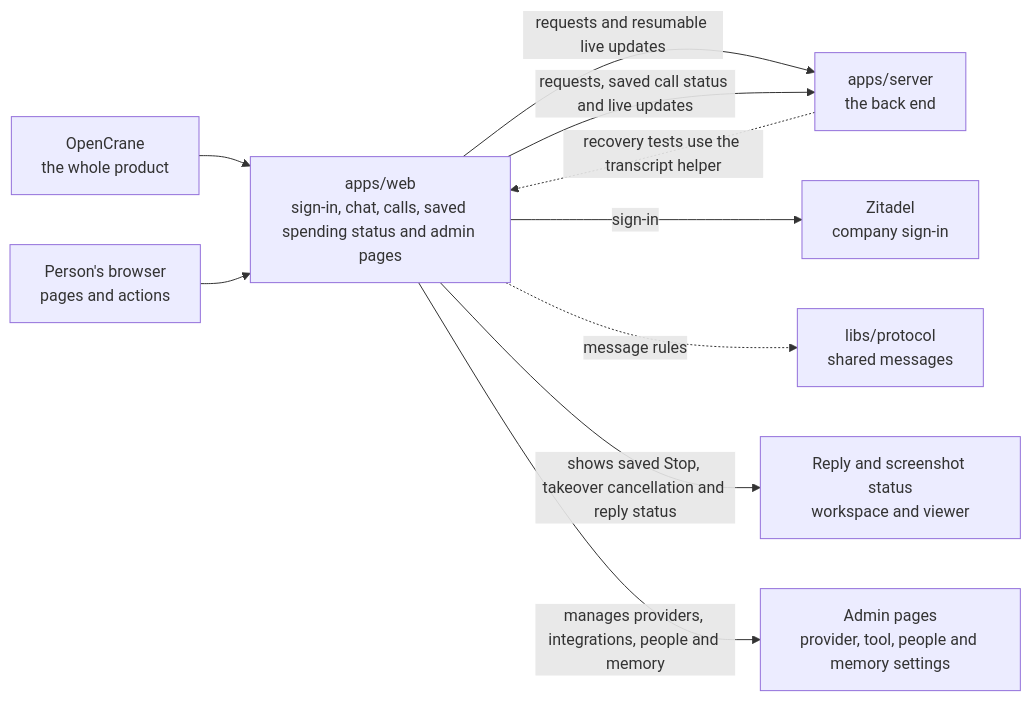
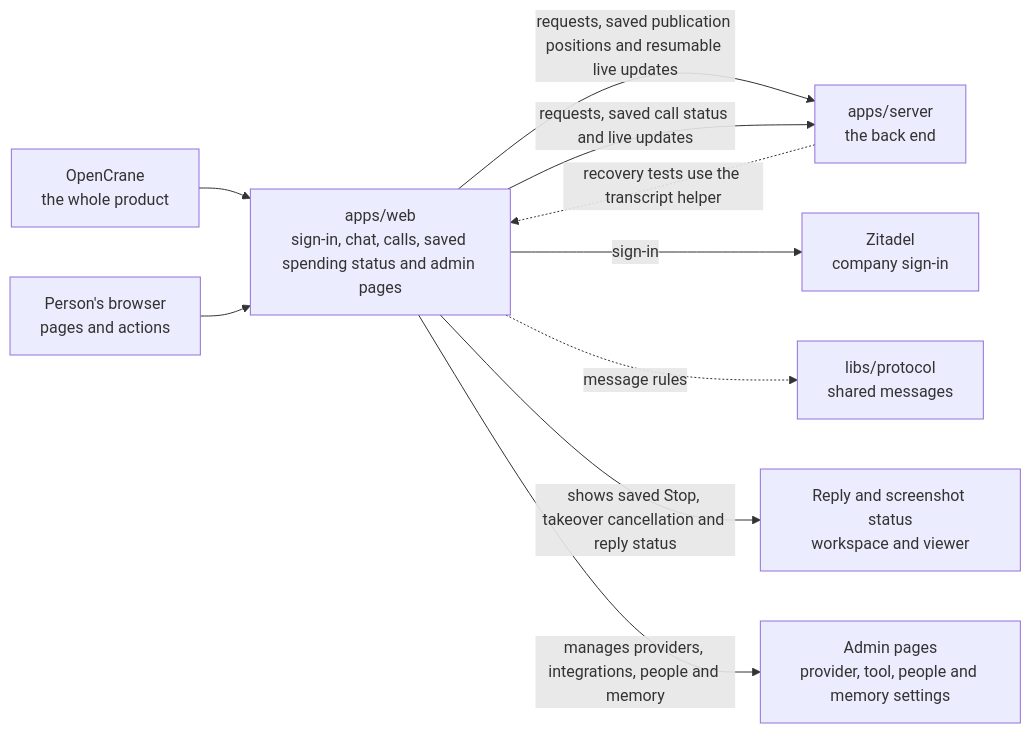
Before and after one commit to elewa-git/opencrane-new: the diagram in apps/web/README.md, drawn with Mermaid. The commit also changed other lines of this file and 10 other files, not shown here.

````diff
--- a/apps/web/README.md
+++ b/apps/web/README.md
@@ -16,12 +16,12 @@
 ```mermaid
 flowchart LR
   system["OpenCrane<br/>the whole product"] --> web["apps/web<br/>the website"]
   browser["Person's browser<br/>pages and actions"] --> web
-  web -->|requests and resumable live updates| server["apps/server<br/>the back end"]
+  web -->|requests, saved publication positions and resumable live updates| server["apps/server<br/>the back end"]
   server -.->|recovery tests use the transcript helper| web
   web["apps/web<br/>sign-in, chat, calls, saved spending status and admin pages"] -->|requests, saved call status and live updates| server["apps/server<br/>the back end"]
   web -->|sign-in| zitadel["Zitadel<br/>company sign-in"]
   web -.->|message rules| protocol["libs/protocol<br/>shared messages"]
   web -->|shows saved Stop, takeover cancellation and reply status| capture["Reply and screenshot status<br/>workspace and viewer"]
   web -->|manages providers, integrations, people and memory| admin["Admin pages<br/>provider, tool, people and memory settings"]
 ```
````
